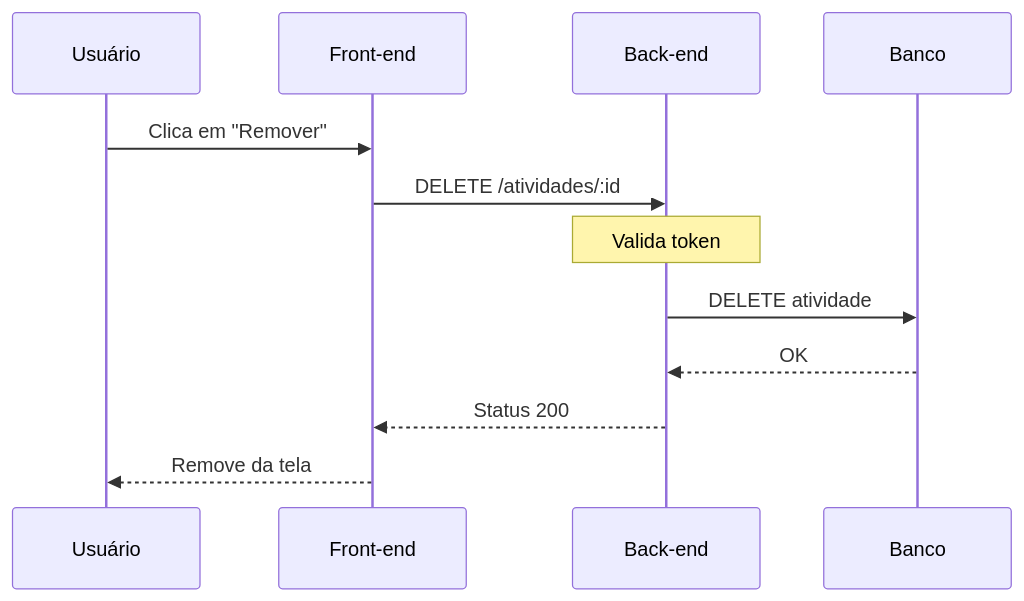
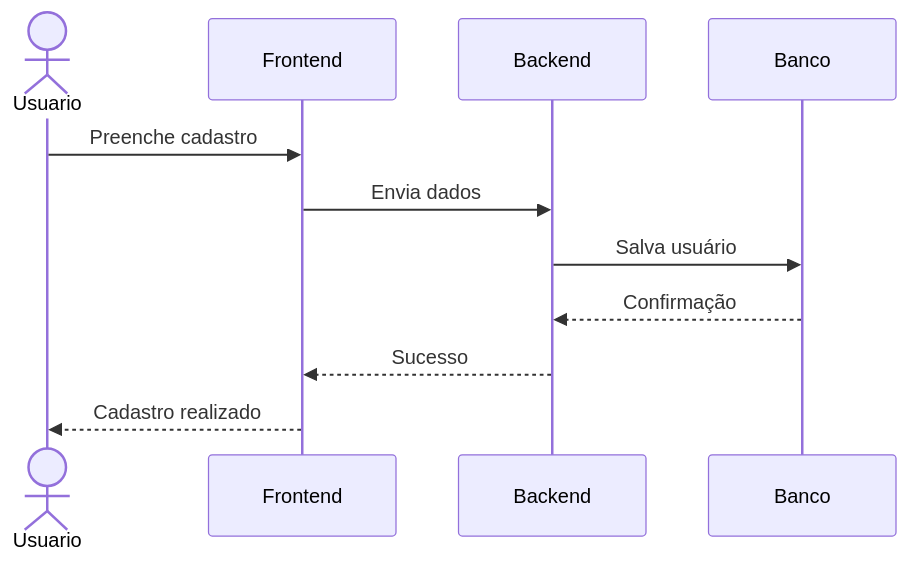
The third of 4 diagrams in docs/documentação-final.md (GilvanGuilherme/The_Organizator), drawn with Mermaid before and after one commit. The commit also changed other lines of this file, not shown here.

````diff
--- a/docs/documentação-final.md
+++ b/docs/documentação-final.md
@@ -254,16 +271,15 @@
 ```mermaid
 sequenceDiagram
 
-participant U as Usuário
-participant F as Front-end
-participant B as Back-end
-participant DB as Banco
+actor Usuario
+participant Frontend
+participant Backend
+participant Banco
 
-U->>F: Clica em "Remover"
-F->>B: DELETE /atividades/:id
-Note over B: Valida token
-B->>DB: DELETE atividade
-DB-->>B: OK
-B-->>F: Status 200
-F-->>U: Remove da tela
+Usuario->>Frontend: Preenche cadastro
+Frontend->>Backend: Envia dados
+Backend->>Banco: Salva usuário
+Banco-->>Backend: Confirmação
+Backend-->>Frontend: Sucesso
+Frontend-->>Usuario: Cadastro realizado
 ```
````
